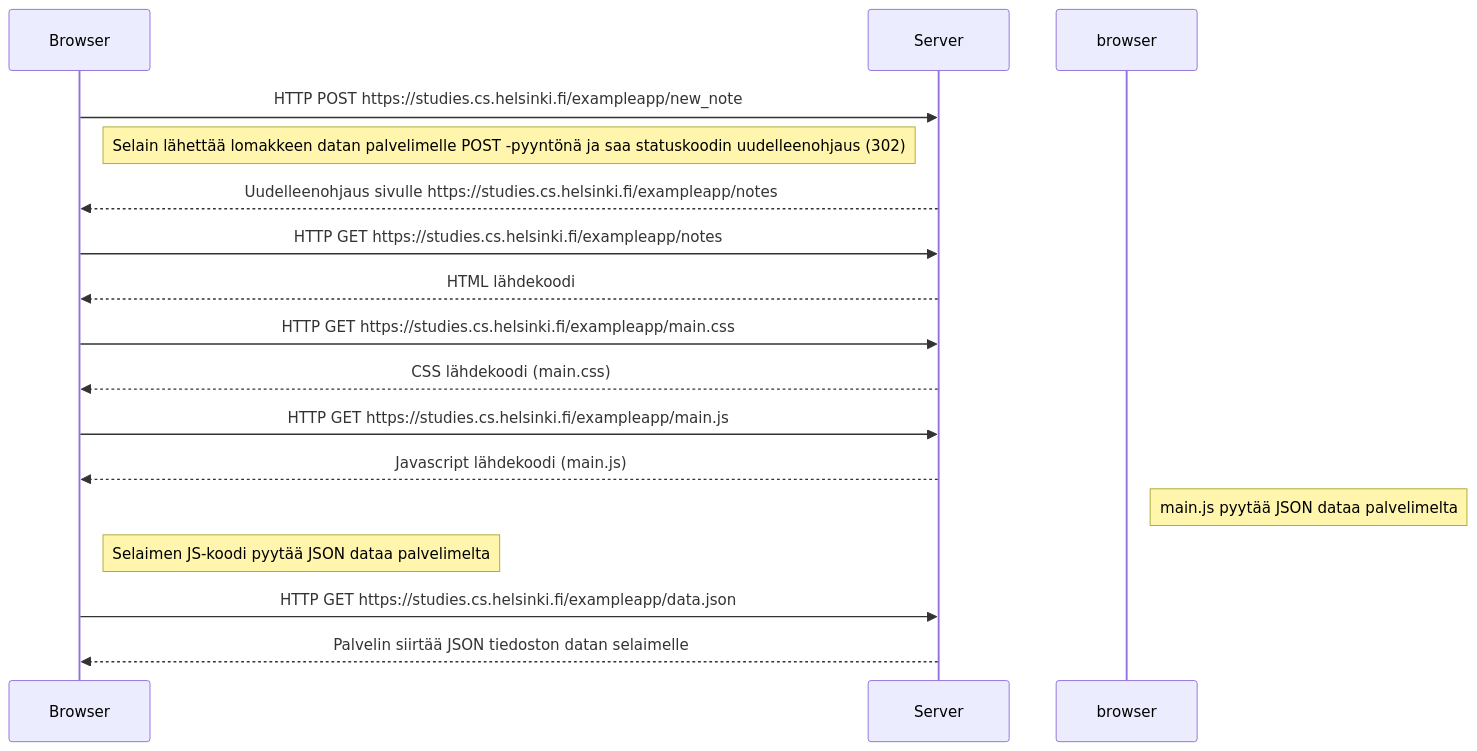
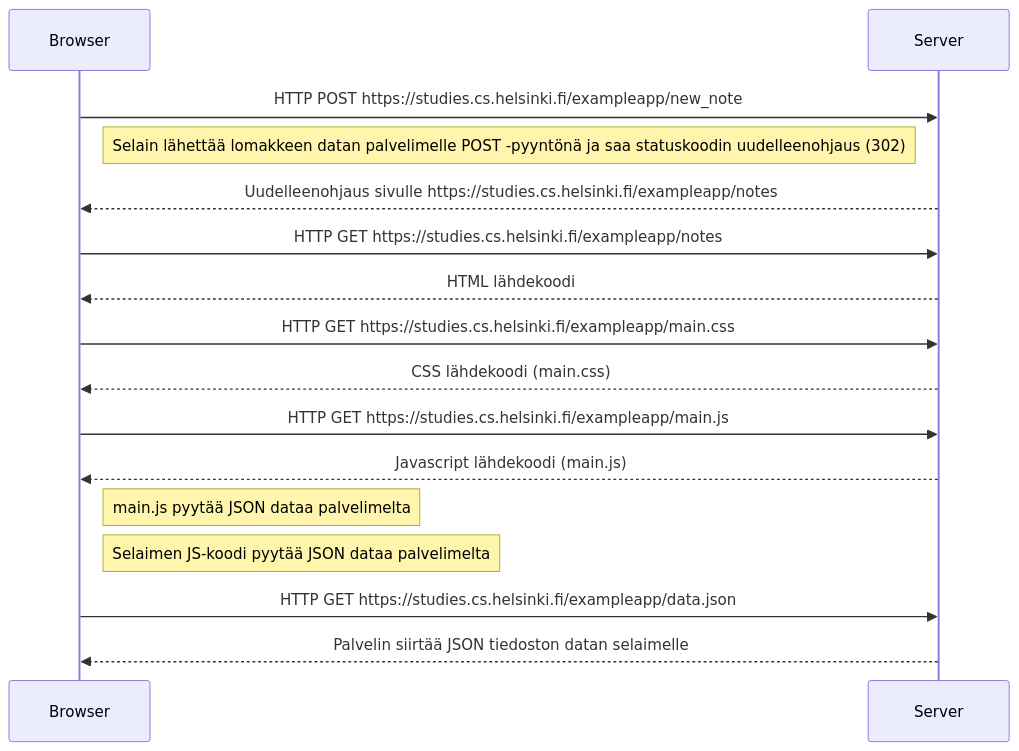
Before and after one commit to saaskilahtij/fullstackopen: the diagram in osa0/tehtava0.4.md, drawn with Mermaid.

````diff
--- a/osa0/tehtava0.4.md
+++ b/osa0/tehtava0.4.md
@@ -1,24 +1,24 @@
 ```mermaid
 
 sequenceDiagram
 
   Browser ->> Server: HTTP POST https://studies.cs.helsinki.fi/exampleapp/new_note
   Note right of Browser: Selain lähettää lomakkeen datan palvelimelle POST -pyyntönä ja saa statuskoodin uudelleenohjaus (302)
   Server -->> Browser: Uudelleenohjaus sivulle https://studies.cs.helsinki.fi/exampleapp/notes
   
   Browser ->> Server: HTTP GET https://studies.cs.helsinki.fi/exampleapp/notes
   Server -->> Browser: HTML lähdekoodi
   
   Browser ->> Server: HTTP GET https://studies.cs.helsinki.fi/exampleapp/main.css
   Server -->> Browser: CSS lähdekoodi (main.css)
   
   Browser ->> Server: HTTP GET https://studies.cs.helsinki.fi/exampleapp/main.js
   Server -->> Browser: Javascript lähdekoodi (main.js)
-  Note right of browser: main.js pyytää JSON dataa palvelimelta
+  Note right of Browser: main.js pyytää JSON dataa palvelimelta
   
   Note right of Browser: Selaimen JS-koodi pyytää JSON dataa palvelimelta
   
   Browser ->> Server: HTTP GET https://studies.cs.helsinki.fi/exampleapp/data.json
   Server -->> Browser: Palvelin siirtää JSON tiedoston datan selaimelle
 
 ```
````
